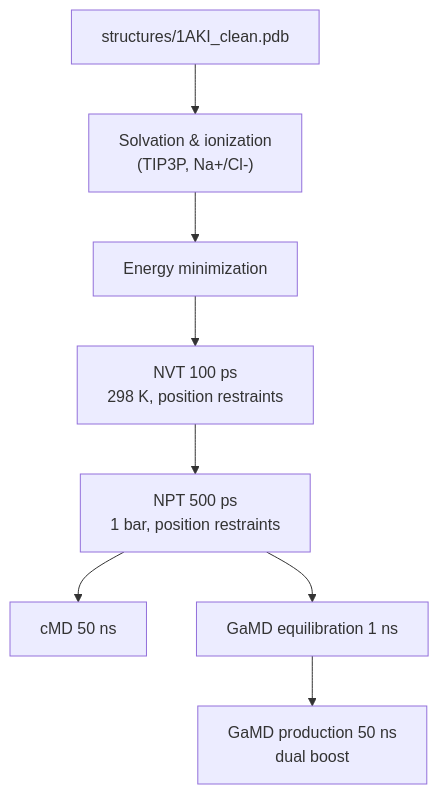
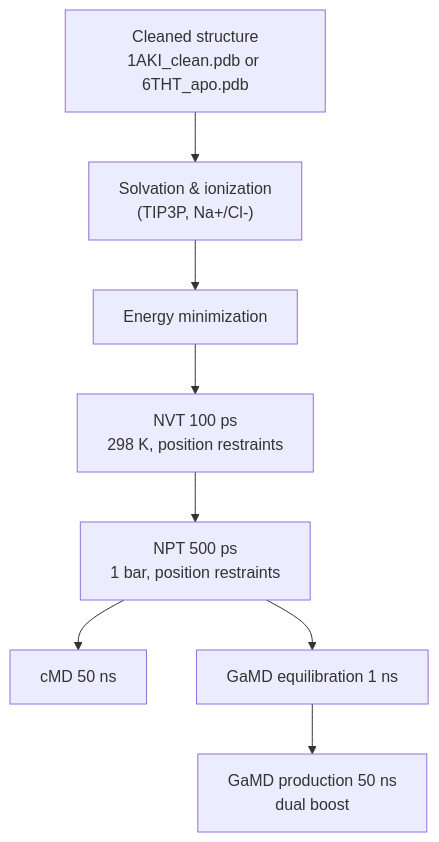
The diagram in README.md (vishnutg14/cMD-GaMD-in-Gromacs), drawn with Mermaid before and after one commit. The commit also changed other lines of this file, not shown here.

````diff
--- a/README.md
+++ b/README.md
@@ -21,10 +21,10 @@
 ```mermaid
 flowchart TD
-    A["structures/1AKI_clean.pdb"] --> B["Solvation & ionization<br/>(TIP3P, Na+/Cl-)"]
+    A["Cleaned structure<br/>1AKI_clean.pdb or 6THT_apo.pdb"] --> B["Solvation & ionization<br/>(TIP3P, Na+/Cl-)"]
     B --> C["Energy minimization"]
     C --> D["NVT 100 ps<br/>298 K, position restraints"]
     D --> E["NPT 500 ps<br/>1 bar, position restraints"]
     E --> F["cMD 50 ns"]
     E --> G["GaMD equilibration 1 ns"]
     G --> H["GaMD production 50 ns<br/>dual boost"]
 ```
````
